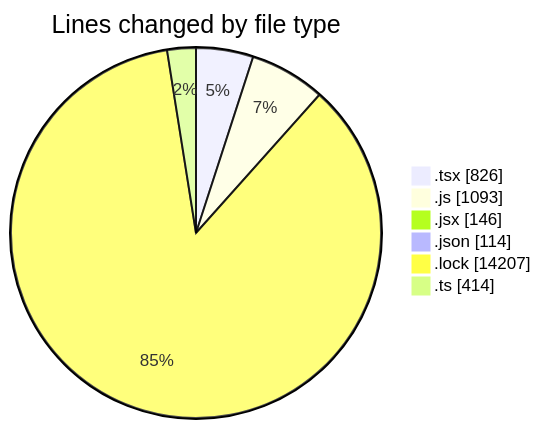
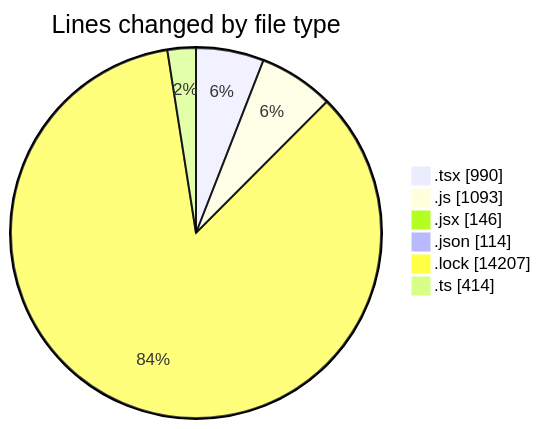
Before and after one commit to momahboobian/code-tracking: the first of 2 diagrams in 2025-05-08/cda/README.md, drawn with Mermaid. The commit also changed other lines of this file and 1 other file, not shown here.

````diff
--- a/2025-05-08/cda/README.md
+++ b/2025-05-08/cda/README.md
@@ -38,10 +39,10 @@
 ```mermaid
 pie showData
 title Lines changed by file type
-".tsx" : 826
+".tsx" : 990
 ".js" : 1093
 ".jsx" : 146
 ".json" : 114
 ".lock" : 14207
 ".ts" : 414
 ```
````
